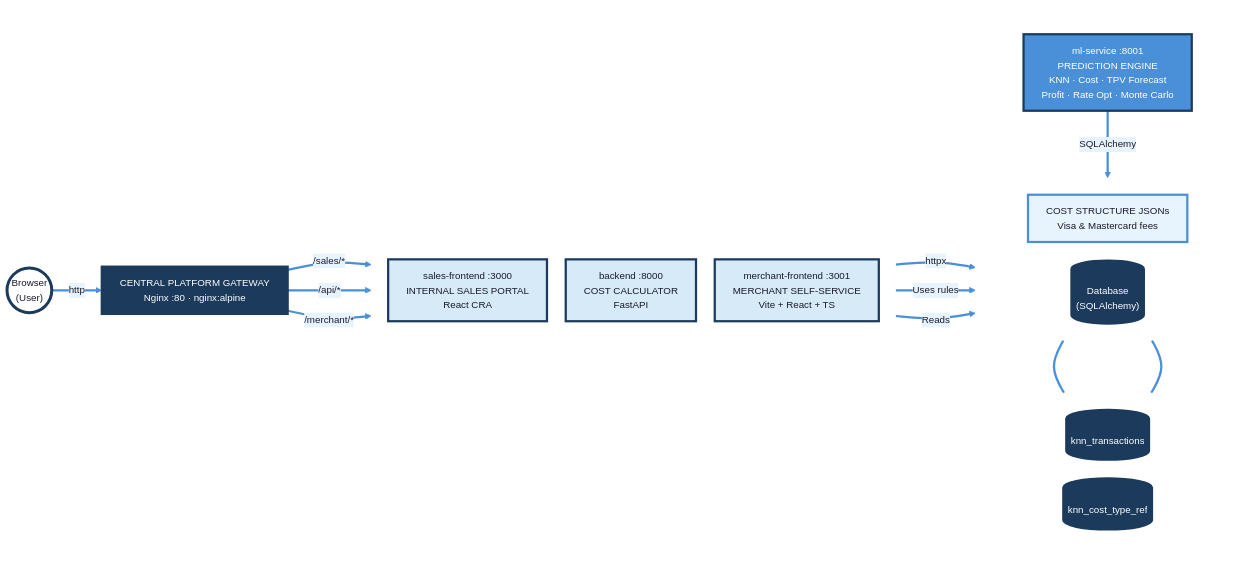
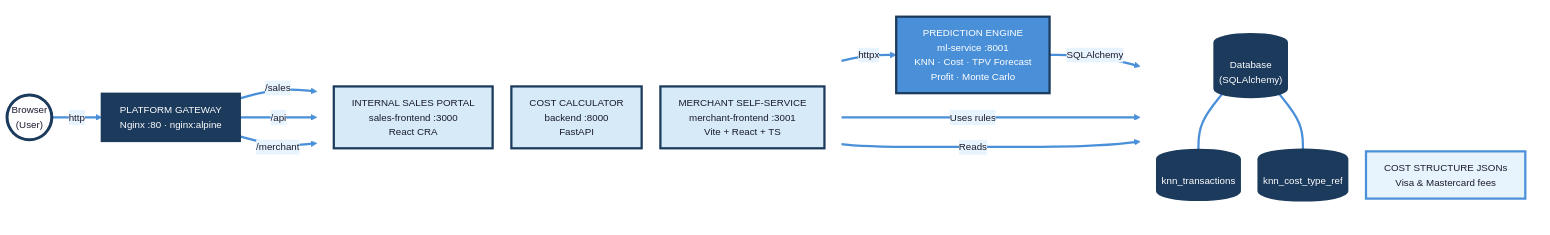
Before and after one commit to Yattmeo/404_found_us: the first of 11 diagrams in ARCHITECTURE.md, drawn with Mermaid.

Commit message:
mermaid js changes

````diff
--- a/ARCHITECTURE.md
+++ b/ARCHITECTURE.md
@@ -5,64 +5,52 @@
 ```mermaid
 %%{init: {'theme': 'base', 'themeVariables': { 'primaryColor': '#D6EAF8', 'primaryTextColor': '#1a1a2e', 'primaryBorderColor': '#4A90D9', 'lineColor': '#4A90D9', 'secondaryColor': '#E8F4FD', 'tertiaryColor': '#F5FAFF', 'fontFamily': 'Segoe UI, sans-serif', 'fontSize': '13px' }, 'flowchart': { 'nodeSpacing': 25, 'rankSpacing': 45, 'padding': 12 }}}%%
 graph LR
-    USER(("Browser\n(User)"))
+    USER(("Browser<br/>(User)"))
 
-    USER -->|http| NG
+    USER -->|http| NG["PLATFORM GATEWAY<br/>Nginx :80 · nginx:alpine"]
 
-    NG["CENTRAL PLATFORM GATEWAY\nNginx :80 · nginx:alpine"]
-
-    NG -->|"/sales/*"| FE
-    NG -->|"/api/*"| BE
-    NG -->|"/merchant/*"| MFE
+    NG -->|/sales| FE
+    NG -->|/api| BE
+    NG -->|/merchant| MFE
 
     subgraph Services["  "]
         direction TB
-        FE["sales-frontend :3000\nINTERNAL SALES PORTAL\nReact CRA"]
-        BE["backend :8000\nCOST CALCULATOR\nFastAPI"]
-        MFE["merchant-frontend :3001\nMERCHANT SELF-SERVICE\nVite + React + TS"]
+        FE["INTERNAL SALES PORTAL<br/>sales-frontend :3000<br/>React CRA"]
+        BE["COST CALCULATOR<br/>backend :8000<br/>FastAPI"]
+        MFE["MERCHANT SELF-SERVICE<br/>merchant-frontend :3001<br/>Vite + React + TS"]
     end
 
-    BE -->|httpx| MLS
-
-    subgraph RightSide["  "]
-        direction TB
-        MLS["ml-service :8001\nPREDICTION ENGINE\nKNN · Cost · TPV Forecast\nProfit · Rate Opt · Monte Carlo"]
-
-        subgraph DataLayer["  "]
-            direction LR
-            CS["COST STRUCTURE JSONs\nVisa & Mastercard fees"]
-            DB[("Database\n(SQLAlchemy)")]
-        end
-
-        subgraph Tables["  "]
-            direction LR
-            DB1[("knn_transactions")]
-            DB2[("knn_cost_type_ref")]
-        end
-    end
+    BE -->|httpx| MLS["PREDICTION ENGINE<br/>ml-service :8001<br/>KNN · Cost · TPV Forecast<br/>Profit · Monte Carlo"]
 
     MLS -->|SQLAlchemy| DB
     BE -->|Uses rules| CS
     BE -->|Reads| DB
+
+    subgraph DataLayer["  "]
+        direction TB
+        CS["COST STRUCTURE JSONs<br/>Visa & Mastercard fees"]
+        DB[("Database<br/>(SQLAlchemy)")]
+        DB1[("knn_transactions")]
+        DB2[("knn_cost_type_ref")]
+    end
+
     DB --- DB1
     DB --- DB2
 
     style USER fill:#ffffff,stroke:#1B3A5C,stroke-width:4px,color:#1a1a2e
     style NG fill:#1B3A5C,stroke:#1B3A5C,stroke-width:3px,color:#ffffff
     style Services fill:#ffffff,stroke:#ffffff,stroke-width:0px
-    style RightSide fill:#ffffff,stroke:#ffffff,stroke-width:0px
     style DataLayer fill:#ffffff,stroke:#ffffff,stroke-width:0px
-    style Tables fill:#ffffff,stroke:#ffffff,stroke-width:0px
 
     style FE fill:#D6EAF8,stroke:#1B3A5C,stroke-width:3px,color:#1a1a2e
     style BE fill:#D6EAF8,stroke:#1B3A5C,stroke-width:3px,color:#1a1a2e
     style MLS fill:#4A90D9,stroke:#1B3A5C,stroke-width:3px,color:#ffffff
     style MFE fill:#D6EAF8,stroke:#1B3A5C,stroke-width:3px,color:#1a1a2e
 
     style CS fill:#E8F4FD,stroke:#4A90D9,stroke-width:3px,color:#1a1a2e
     style DB fill:#1B3A5C,stroke:#1B3A5C,stroke-width:3px,color:#ffffff
     style DB1 fill:#1B3A5C,stroke:#1B3A5C,stroke-width:3px,color:#ffffff
     style DB2 fill:#1B3A5C,stroke:#1B3A5C,stroke-width:3px,color:#ffffff
 
     linkStyle default stroke:#4A90D9,stroke-width:3px
 ```
````
